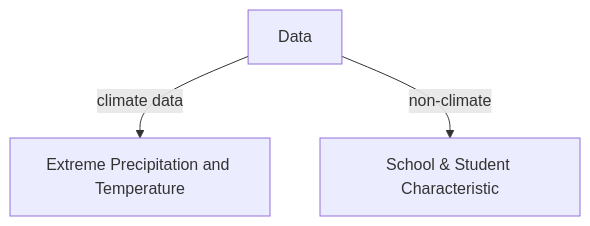
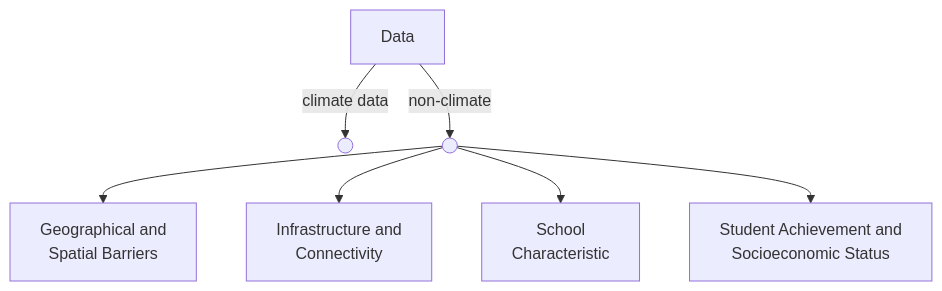
The fourth of 8 diagrams in UNICEF/Presentation/presentation_unicef.qmd (datakruroo/datakruroo.github.io), drawn with Mermaid before and after one commit. The commit also changed other lines of this file and 160 other files, not shown here.

````diff
--- a/UNICEF/Presentation/presentation_unicef.qmd
+++ b/UNICEF/Presentation/presentation_unicef.qmd
@@ -343,5 +323,13 @@
 ```{mermaid}
 flowchart TD
-A[Data]--climate data-->B[Extreme Precipitation and Temperature]
-A[Data]--non-climate-->C[School & Student Characteristic]
+A[Data]--climate data-->B((" "))
+A[Data]--non-climate-->E((" "))
+E((" "))-->F["Geographical and
+              Spatial Barriers"]
+E((" "))-->G["Infrastructure and
+              Connectivity"]  
+E((" "))-->H["School 
+            Characteristic"]
+E((" "))-->J["Student Achievement and 
+              Socioeconomic Status"]          
 ```
````
